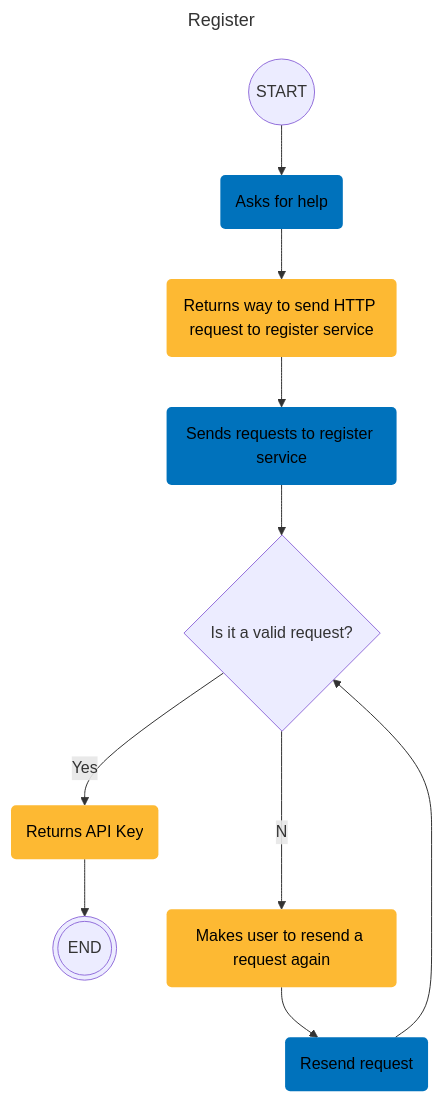
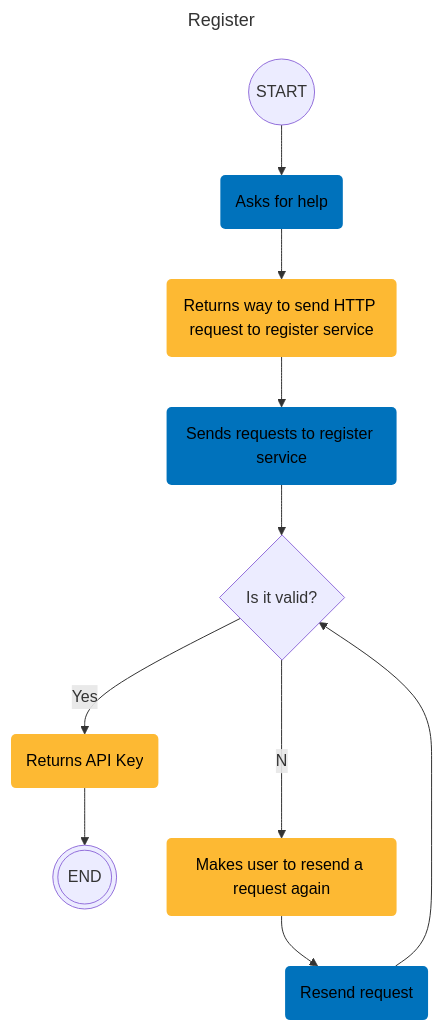
Before and after one commit to alstrocrack/kraken: the first of 2 diagrams in design/activity.md, drawn with Mermaid. The commit also changed other lines of this file, not shown here.

Commit message:
Add get diagram

````diff
--- a/design/activity.md
+++ b/design/activity.md
@@ -3,21 +3,21 @@
 ```mermaid
 ---
 title: Register
 ---
 flowchart TD
 
   %% Define classes for style
   classDef user fill:#0072BC,stroke:none,color:black
   classDef server fill:#FDB933,stroke:none,color:black
 
   %% Diagram
   A((START)) --> B(Asks for help):::user
   B --> C(Returns way to send HTTP request to register service):::server
   C --> D(Sends requests to register service):::user
-  D --> E{Is it a valid request?}
+  D --> E{Is it valid?}
   E --Yes--> F(Returns API Key):::server
   F --> G(((END)))
   E --No--> H(Makes user to resend a request again):::server
   H --> I(Resend request):::user
   I --> E
 ```
````
